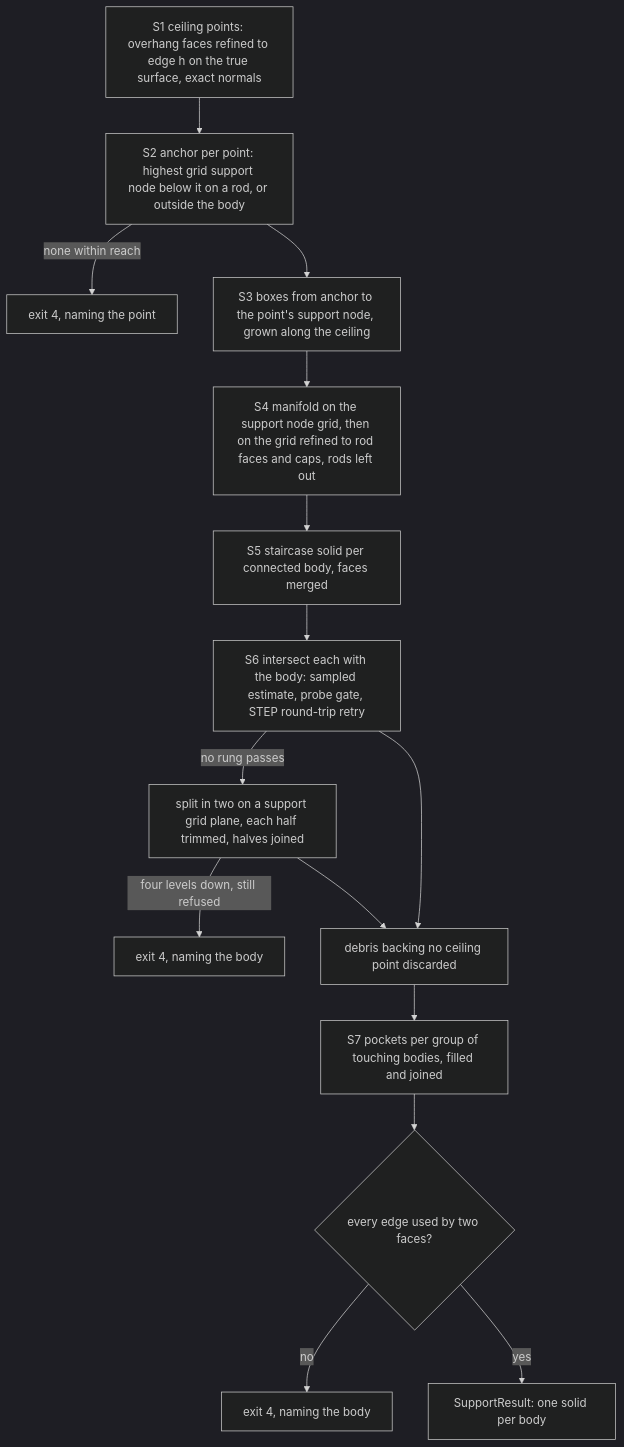
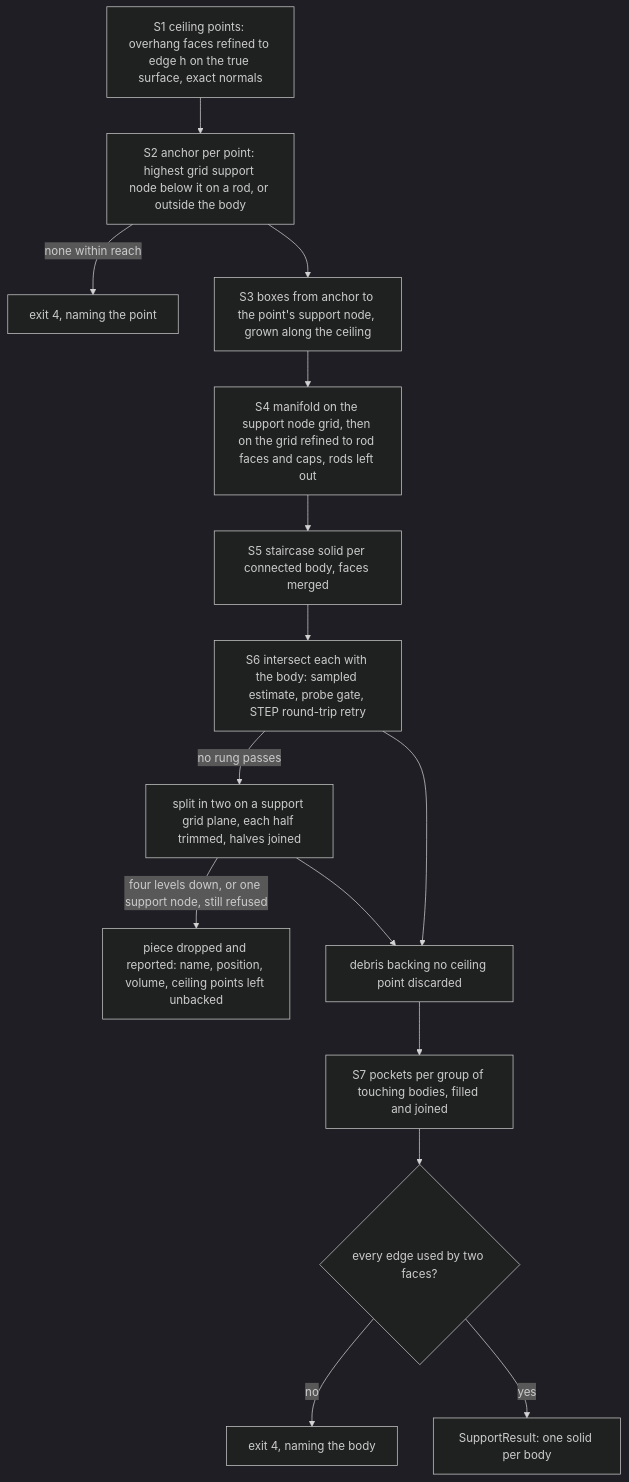
One commit to arnego/latticegen2 changed the third of 3 diagrams in docs/algorithm.md. Above: the diagram before and after it, drawn with Mermaid (dark theme). The commit also changed other lines of this file and 11 other files, not shown here.

````diff
--- a/docs/algorithm.md
+++ b/docs/algorithm.md
@@ -2520,17 +2520,17 @@
 ```mermaid
 flowchart TD
     A[S1 ceiling points: overhang faces refined to edge h on the true surface, exact normals] --> B[S2 anchor per point: highest grid support node below it on a rod, or outside the body]
     B -->|none within reach| F1[exit 4, naming the point]
     B --> C[S3 boxes from anchor to the point's support node, grown along the ceiling]
     C --> D[S4 manifold on the support node grid, then on the grid refined to rod faces and caps, rods left out]
     D --> E[S5 staircase solid per connected body, faces merged]
     E --> G[S6 intersect each with the body: sampled estimate, probe gate, STEP round-trip retry]
     G -->|no rung passes| SP[split in two on a support grid plane, each half trimmed, halves joined]
-    SP -->|four levels down, still refused| F2[exit 4, naming the body]
+    SP -->|four levels down, or one support node, still refused| F2[piece dropped and reported: name, position, volume, ceiling points left unbacked]
     SP --> H
     G --> H[debris backing no ceiling point discarded]
     H --> P[S7 pockets per group of touching bodies, filled and joined]
     P --> M{every edge used by two faces?}
     M -->|no| F3[exit 4, naming the body]
     M -->|yes| Q[SupportResult: one solid per body]
 ```
````
